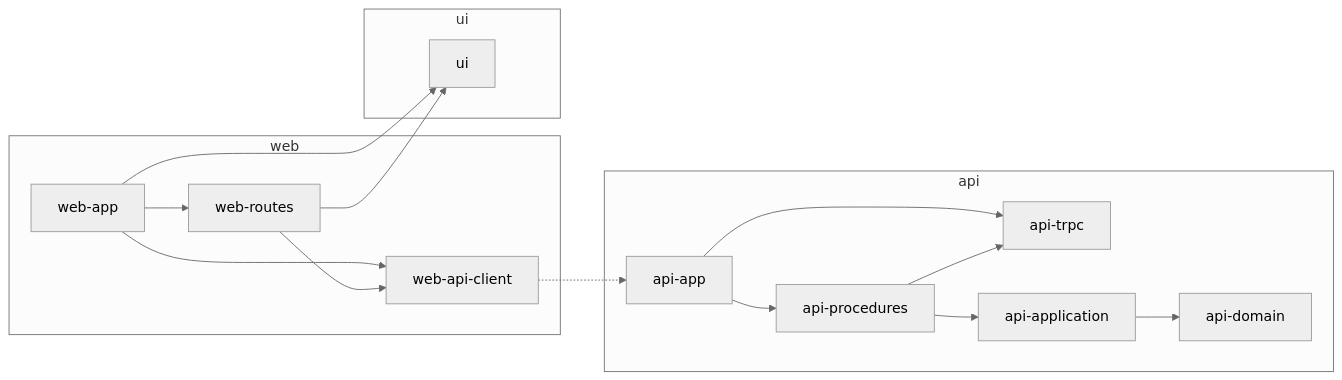
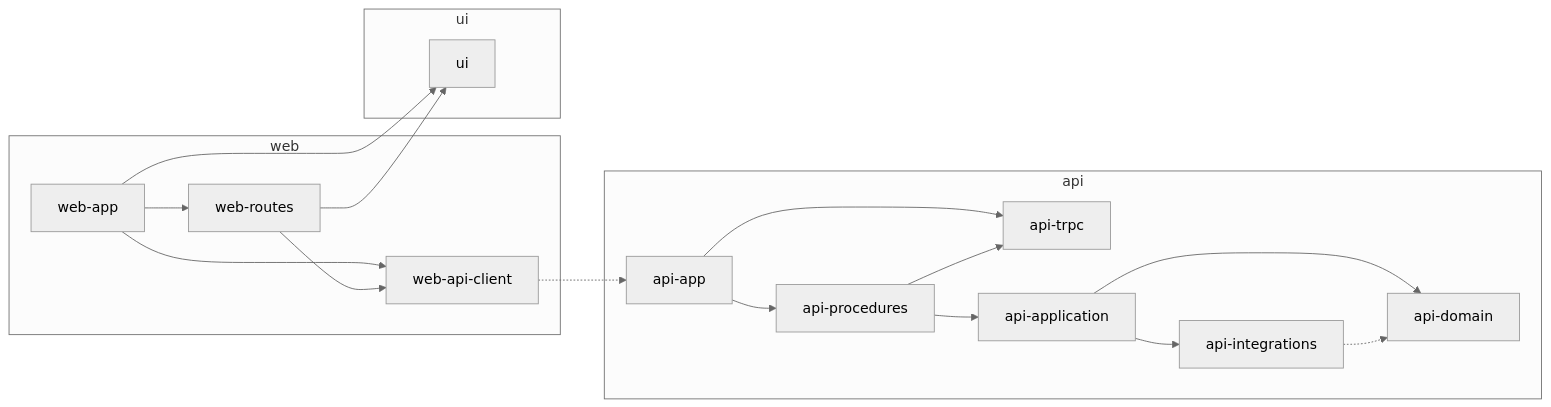
Before and after one commit to BenSheridanEdwards/AgenticRepoTemplate: the diagram in apps/architecture.mmd, drawn with Mermaid (neutral theme). The commit also changed 36 other files, not shown here.

```diff
--- a/apps/architecture.mmd
+++ b/apps/architecture.mmd
@@ -1,28 +1,31 @@
 %% Generated by tooling/architecture/diagram.mjs (pnpm arch:diagram): result reference (apps), the role edges of Fallow's import graph. Do not edit.
 flowchart LR
   subgraph kind_web["web"]
     web_app["web-app"]
     web_api_client["web-api-client"]
     web_routes["web-routes"]
   end
   subgraph kind_api["api"]
     api_app["api-app"]
     api_trpc["api-trpc"]
     api_procedures["api-procedures"]
     api_application["api-application"]
     api_domain["api-domain"]
+    api_integrations["api-integrations"]
   end
   subgraph kind_ui["ui"]
     ui["ui"]
   end
   api_app --> api_procedures
   api_app --> api_trpc
   api_application --> api_domain
+  api_application --> api_integrations
+  api_integrations -.-> api_domain
   api_procedures --> api_application
   api_procedures --> api_trpc
   web_api_client -.-> api_app
   web_app --> ui
   web_app --> web_api_client
   web_app --> web_routes
   web_routes --> ui
   web_routes --> web_api_client
```
